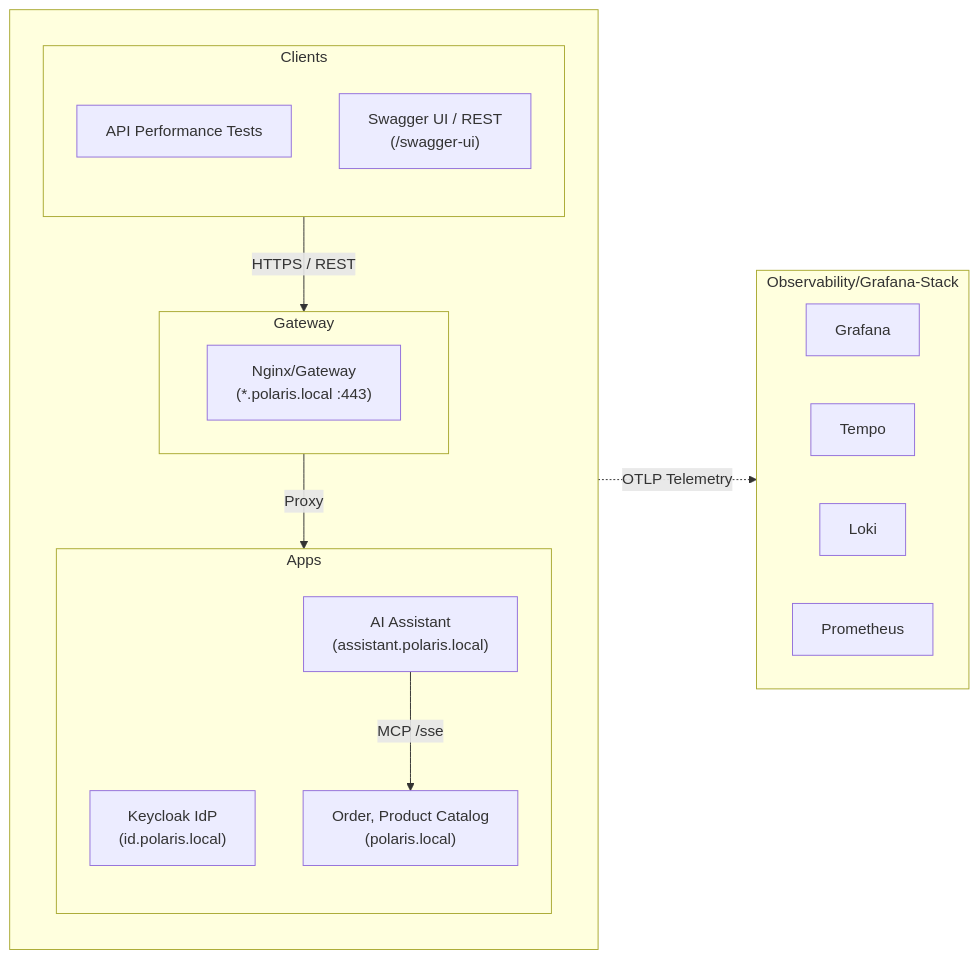
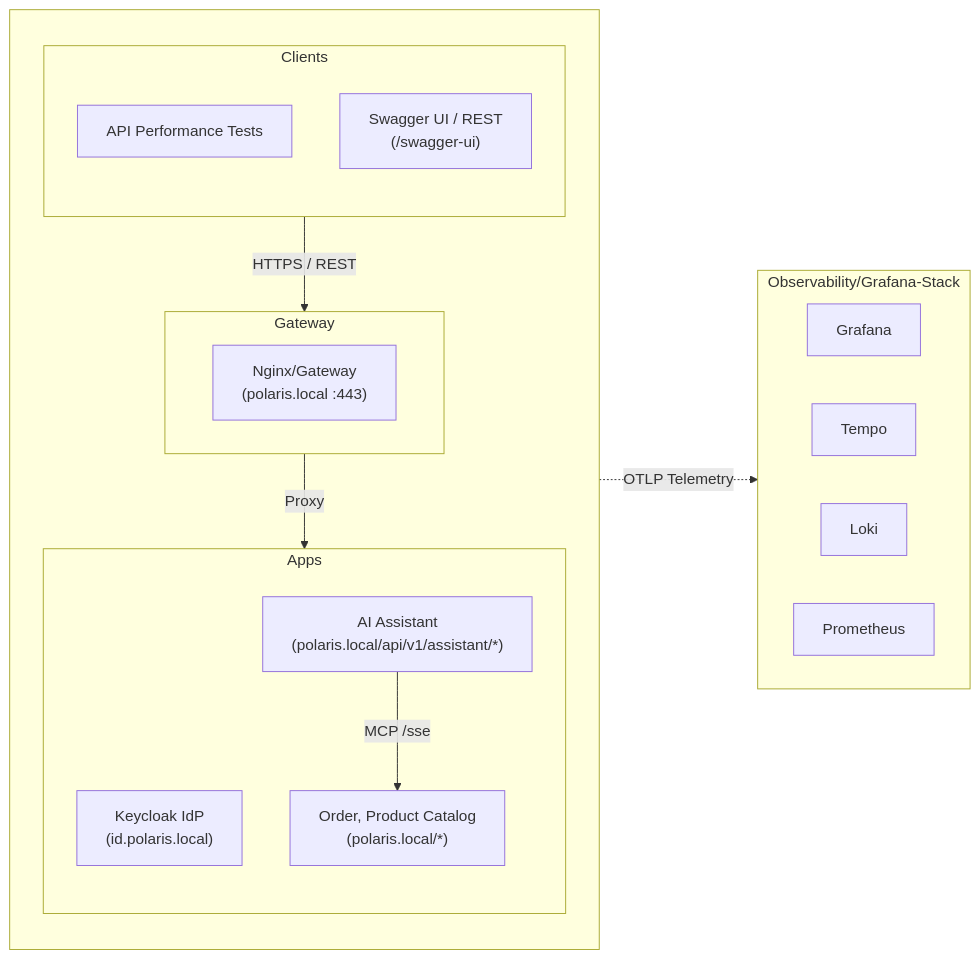
One commit to vungdv/hometask1 changed the diagram in src/java/03-Polaris/README.md. Above: the diagram before and after it, drawn with Mermaid. The commit also changed other lines of this file and 9 other files, not shown here.

````diff
--- a/src/java/03-Polaris/README.md
+++ b/src/java/03-Polaris/README.md
@@ -41,31 +34,31 @@
 ```mermaid
 flowchart LR
     subgraph Observability["Observability/Grafana-Stack"]
         direction LR
         Grafana["Grafana"]
         Tempo["Tempo"]
         Loki["Loki"]
         Prometheus["Prometheus"]
     end
     subgraph Main[" "]
         direction TB
         subgraph L1["Clients"]
             direction TB
             k6["API Performance Tests"]
             SwaggerUI["Swagger UI / REST<br/>(/swagger-ui)"]
         end
         subgraph L2["Gateway"]
-            Nginx["Nginx/Gateway<br/>(*.polaris.local :443)"]
+            Nginx["Nginx/Gateway<br/>(polaris.local :443)"]
         end
         subgraph L3["Apps"]
             direction TB
             Keycloak["Keycloak IdP<br/>(id.polaris.local)"]
-            Polaris-App["Order, Product Catalog<br/>(polaris.local)"]
-            Polaris-Assistant["AI Assistant<br/>(assistant.polaris.local)"]
+            Polaris-App["Order, Product Catalog<br/>(polaris.local/*)"]
+            Polaris-Assistant["AI Assistant<br/>(polaris.local/api/v1/assistant/*)"]
         end
     end
     L1 -->|HTTPS / REST| L2
     L2 -->|Proxy| L3
     Polaris-Assistant -->|MCP /sse| Polaris-App
     Main -.->|OTLP Telemetry| Observability
 ```
````
